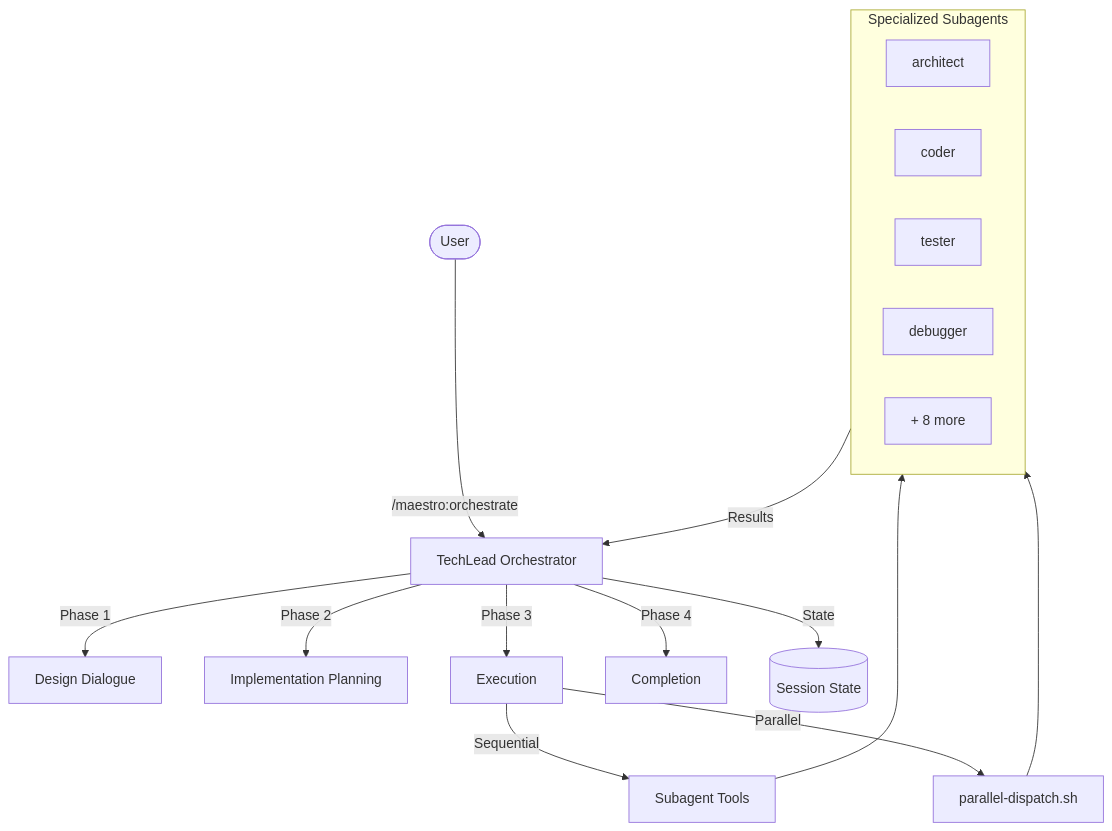
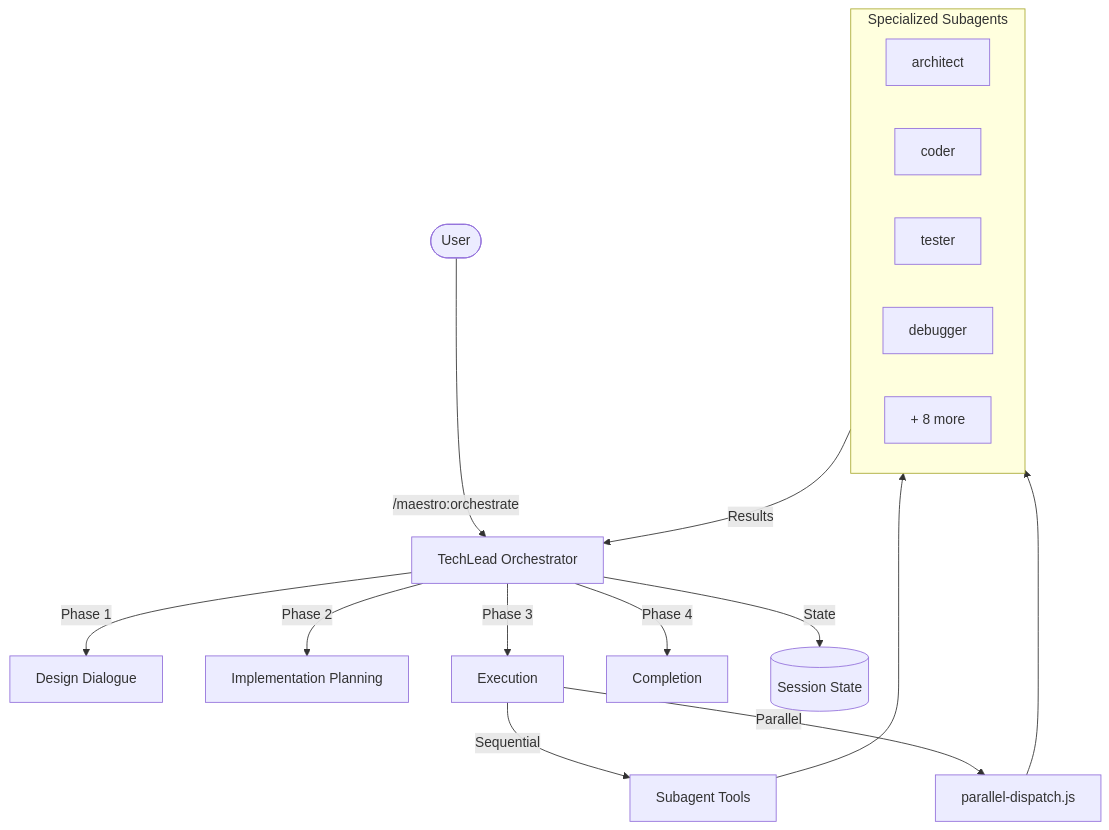
The diagram in README.md (josstei/maestro-gemini), drawn with Mermaid before and after one commit. The commit also changed other lines of this file and 27 other files, not shown here.

````diff
--- a/README.md
+++ b/README.md
@@ -295,27 +295,27 @@
 ```mermaid
 graph TB
     User([User]) -->|/maestro:orchestrate| TL[TechLead Orchestrator]
 
     TL -->|Phase 1| DD[Design Dialogue]
     TL -->|Phase 2| IP[Implementation Planning]
     TL -->|Phase 3| EX[Execution]
     TL -->|Phase 4| CO[Completion]
 
     EX -->|Sequential| DA[Subagent Tools]
-    EX -->|Parallel| PD[parallel-dispatch.sh]
+    EX -->|Parallel| PD[parallel-dispatch.js]
 
     DA --> Agents
     PD --> Agents
 
     subgraph Agents [Specialized Subagents]
         direction LR
         A1[architect]
         A2[coder]
         A3[tester]
         A4[debugger]
         A5[+ 8 more]
     end
 
     Agents -->|Results| TL
     TL -->|State| SS[(Session State)]
 ```
````
